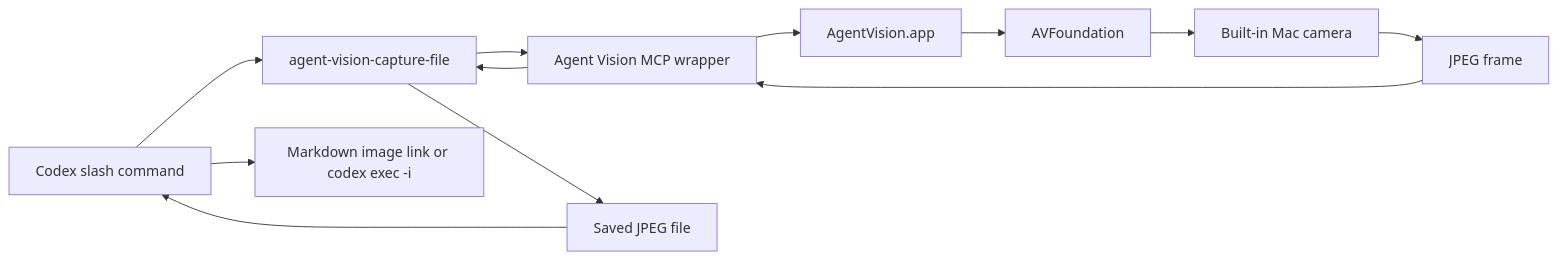
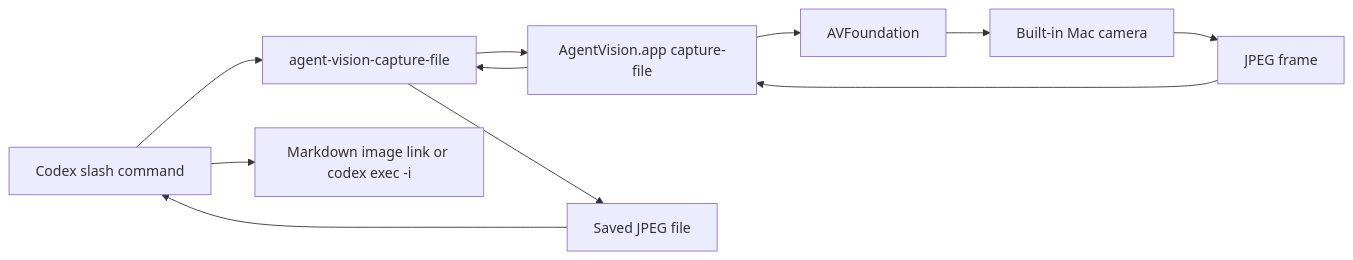
Before and after one commit to zfifteen/agent-vision: the diagram in README.md, drawn with Mermaid. The commit also changed other lines of this file and 22 other files, not shown here.

Commit message:
Ship Agent Vision 1.0.3 no-idle-process hotfix

````diff
--- a/README.md
+++ b/README.md
@@ -211,14 +205,13 @@
 ```mermaid
 flowchart LR
   A["Codex slash command"] --> B["agent-vision-capture-file"]
-  B --> C["Agent Vision MCP wrapper"]
-  C --> D["AgentVision.app"]
-  D --> E["AVFoundation"]
-  E --> F["Built-in Mac camera"]
-  F --> G["JPEG frame"]
-  G --> C
+  B --> C["AgentVision.app capture-file"]
+  C --> D["AVFoundation"]
+  D --> E["Built-in Mac camera"]
+  E --> F["JPEG frame"]
+  F --> C
   C --> B
-  B --> H["Saved JPEG file"]
-  H --> A
-  A --> I["Markdown image link or codex exec -i"]
+  B --> G["Saved JPEG file"]
+  G --> A
+  A --> H["Markdown image link or codex exec -i"]
 ```
````
